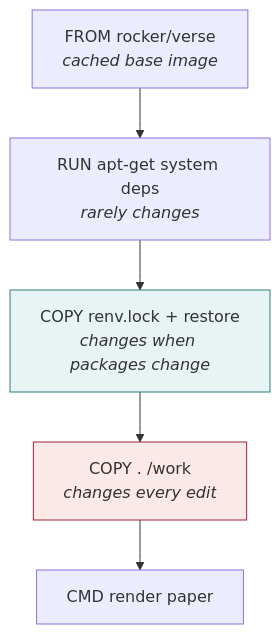
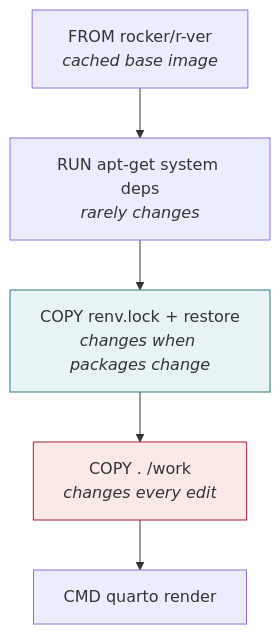
The diagram in analysis/report/09-docker.qmd (rgt47/practicum), drawn with Mermaid before and after one commit. The commit also changed other lines of this file and 100 other files, not shown here.

````diff
--- a/analysis/report/09-docker.qmd
+++ b/analysis/report/09-docker.qmd
@@ -244,23 +298,23 @@
 ```{mermaid}
 %%| echo: false
 %%| label: fig-docker-layers
 %%| fig-alt: "Vertical stack of Dockerfile layers in build order,
-%%|   annotated by how often each changes. A cached rocker/verse
+%%|   annotated by how often each changes. A cached rocker/r-ver
 %%|   base, then system dependencies that rarely change, then
 %%|   copying renv.lock and restoring packages, which changes when
 %%|   packages change, then copying the source tree, which changes
 %%|   on every edit, then the render command. The last two layers
 %%|   are highlighted in contrasting colors to mark the cache
 %%|   boundary."
 %%| fig-cap: "Docker layer caching. Slow, slow-changing layers go early;
 %%|   the fast, frequently-edited source goes last. Editing the
 %%|   manuscript invalidates only the final COPY, so the expensive
 %%|   package restore is reused from cache."
 flowchart TD
-  A["FROM rocker/verse<br/><i>cached base image</i>"] --> B["RUN apt-get system deps<br/><i>rarely changes</i>"]
+  A["FROM rocker/r-ver<br/><i>cached base image</i>"] --> B["RUN apt-get system deps<br/><i>rarely changes</i>"]
   B --> C["COPY renv.lock + restore<br/><i>changes when packages change</i>"]
   C --> D["COPY . /work<br/><i>changes every edit</i>"]
-  D --> E["CMD render paper"]
+  D --> E["CMD quarto render"]
   style C fill:#e8f4f4,stroke:#2c7a7b
   style D fill:#fbe9e7,stroke:#9d2235
 ```
````
